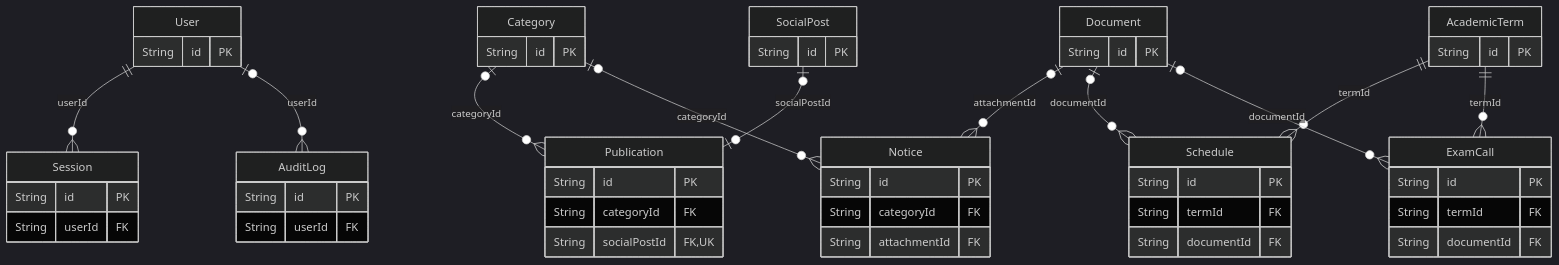
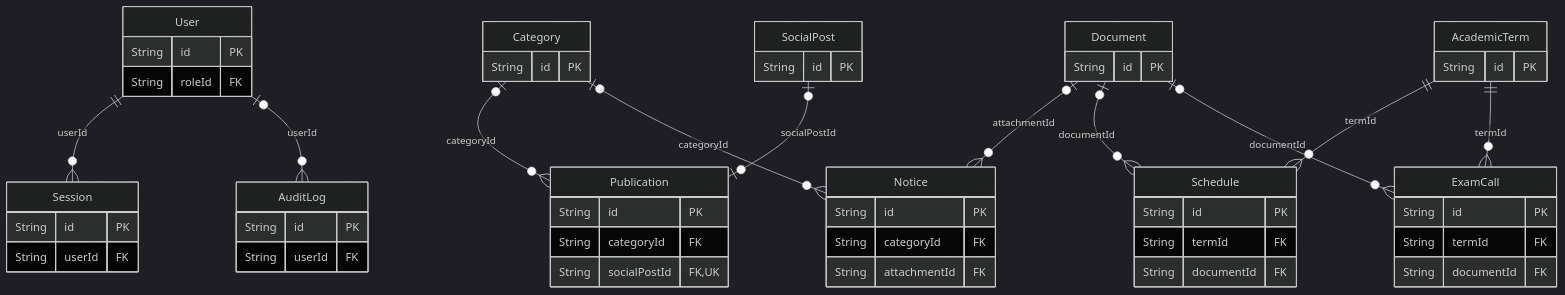
The diagram in docs/entrega/diagramas/der-completo.mmd (IFTS29-TalentoTech/ifts2-plataforma), drawn with Mermaid (dark theme) before and after one commit. The commit also changed 5 other files, not shown here.

```diff
--- a/docs/entrega/diagramas/der-completo.mmd
+++ b/docs/entrega/diagramas/der-completo.mmd
@@ -1,56 +1,57 @@
 %% Generado por scripts/docs/prisma-to-docs.mjs desde prisma/schema.prisma. No editar a mano.
 %% Vista general (solo claves y relaciones; sin las tablas aisladas)
 erDiagram
   User {
     String id PK
+    String roleId FK
   }
   Session {
     String id PK
     String userId FK
   }
   AuditLog {
     String id PK
     String userId FK
   }
   Category {
     String id PK
   }
   SocialPost {
     String id PK
   }
   Publication {
     String id PK
     String categoryId FK
     String socialPostId FK,UK
   }
   Notice {
     String id PK
     String categoryId FK
     String attachmentId FK
   }
   Document {
     String id PK
   }
   AcademicTerm {
     String id PK
   }
   Schedule {
     String id PK
     String termId FK
     String documentId FK
   }
   ExamCall {
     String id PK
     String termId FK
     String documentId FK
   }
   User ||--o{ Session : "userId"
   Category |o--o{ Publication : "categoryId"
   SocialPost |o--o| Publication : "socialPostId"
   Category |o--o{ Notice : "categoryId"
   Document |o--o{ Notice : "attachmentId"
   AcademicTerm ||--o{ Schedule : "termId"
   Document |o--o{ Schedule : "documentId"
   AcademicTerm ||--o{ ExamCall : "termId"
   Document |o--o{ ExamCall : "documentId"
   User |o--o{ AuditLog : "userId"
```
